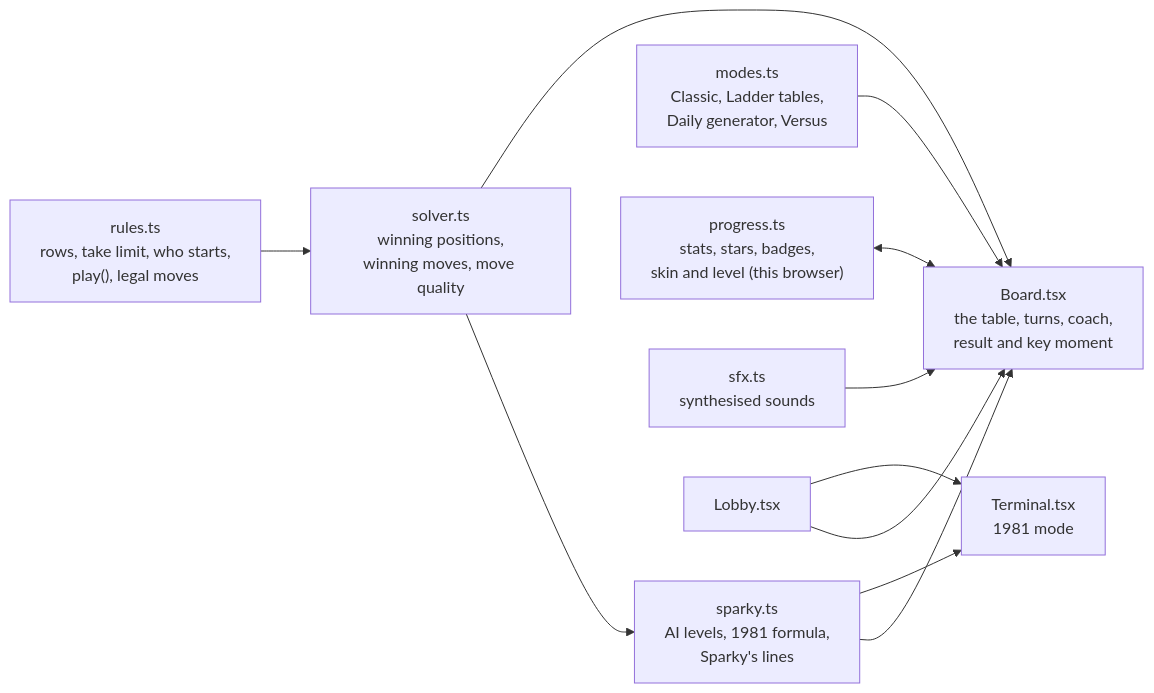
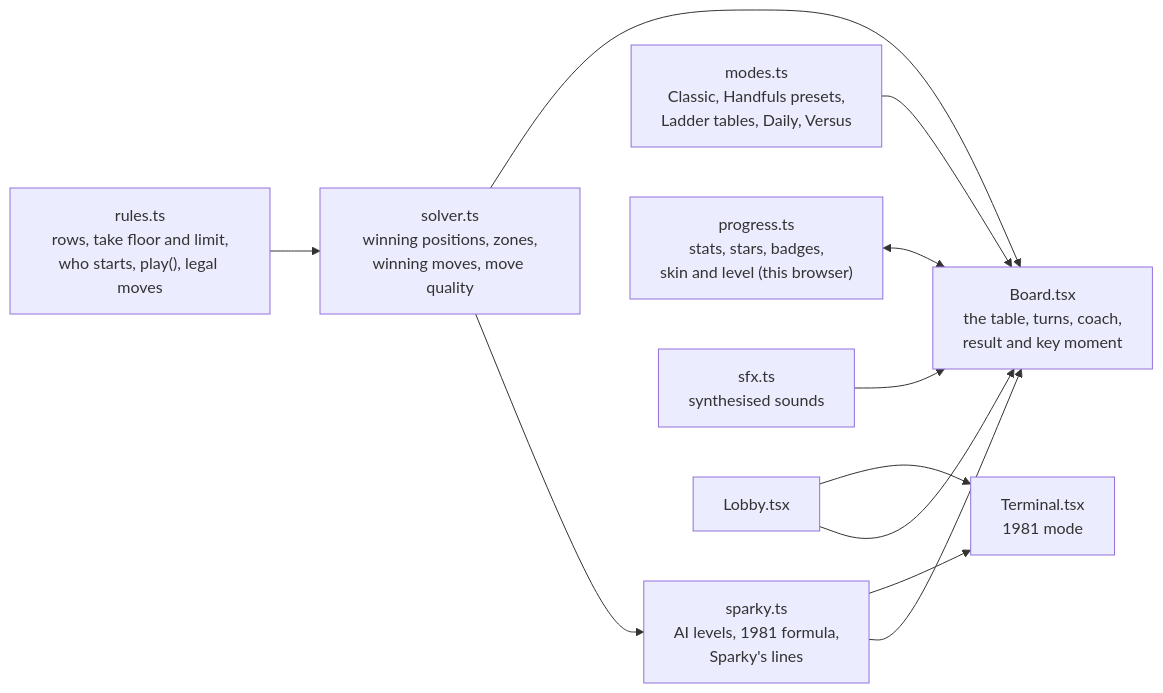
One commit to agunawijaya/any-key changed the first of 2 diagrams in docs/23mtch/PORT-ARCHITECTURE.md. Above: the diagram before and after it, drawn with Mermaid. The commit also changed other lines of this file and 17 other files, not shown here.

````diff
--- a/docs/23mtch/PORT-ARCHITECTURE.md
+++ b/docs/23mtch/PORT-ARCHITECTURE.md
@@ -27,13 +28,13 @@
 ```mermaid
 flowchart LR
-    RULES["rules.ts<br/>rows, take limit, who starts,<br/>play(), legal moves"] --> SOLVER["solver.ts<br/>winning positions,<br/>winning moves, move quality"]
+    RULES["rules.ts<br/>rows, take floor and limit,<br/>who starts, play(), legal moves"] --> SOLVER["solver.ts<br/>winning positions, zones,<br/>winning moves, move quality"]
     SOLVER --> SPARKY["sparky.ts<br/>AI levels, 1981 formula,<br/>Sparky's lines"]
-    MODES["modes.ts<br/>Classic, Ladder tables,<br/>Daily generator, Versus"] --> BOARD
+    MODES["modes.ts<br/>Classic, Handfuls presets,<br/>Ladder tables, Daily, Versus"] --> BOARD
     SPARKY --> BOARD["Board.tsx<br/>the table, turns, coach,<br/>result and key moment"]
     SOLVER --> BOARD
     PROGRESS["progress.ts<br/>stats, stars, badges,<br/>skin and level (this browser)"] <--> BOARD
     SFX["sfx.ts<br/>synthesised sounds"] --> BOARD
     LOBBY["Lobby.tsx"] --> BOARD
     LOBBY --> TERM["Terminal.tsx<br/>1981 mode"]
     SPARKY --> TERM
 ```
````
